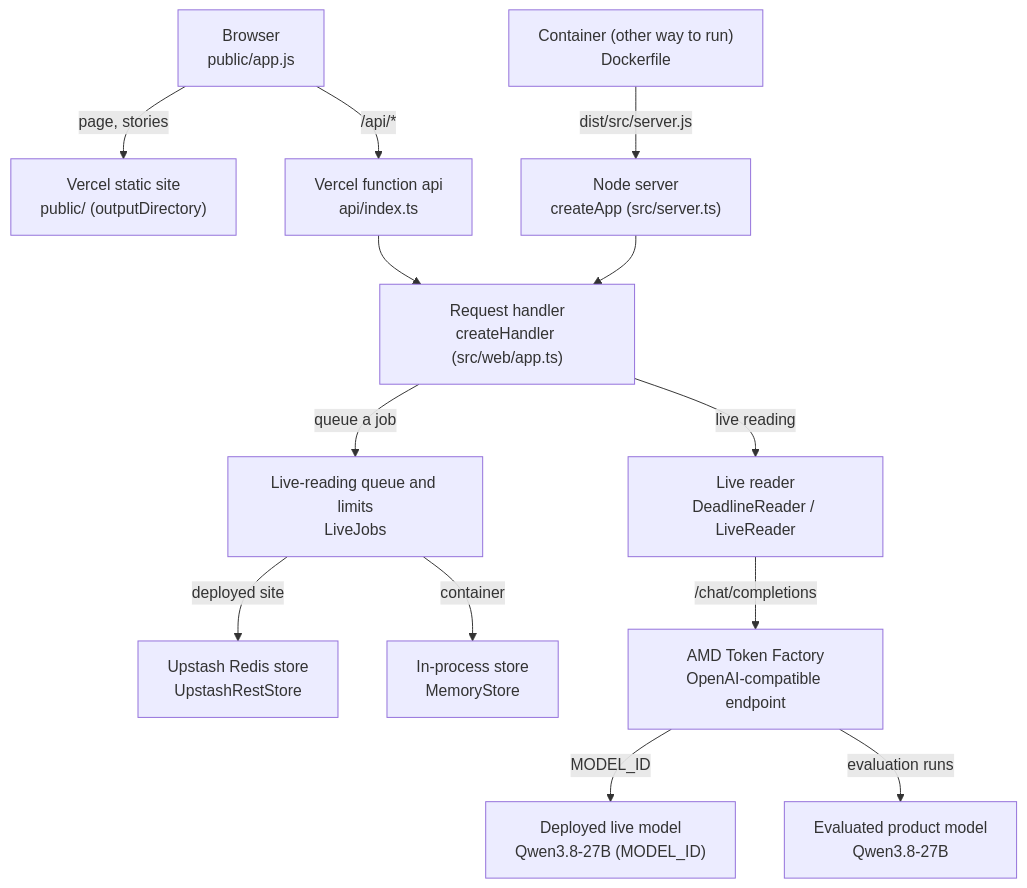
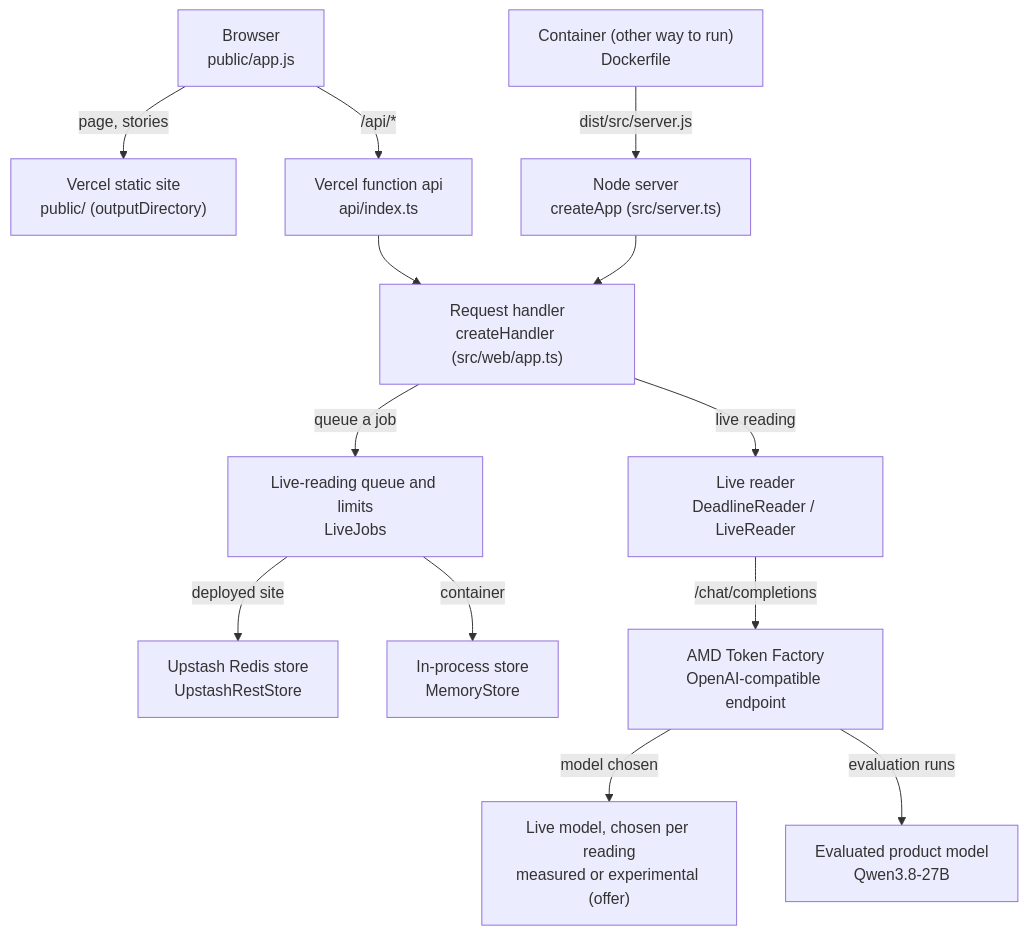
One commit to hvaler/certgate changed the first of 2 diagrams in README.md. Above: the diagram before and after it, drawn with Mermaid. The commit also changed other lines of this file and 19 other files, not shown here.

Commit message:
Stage 8 work in progress (not a candidate): model choice UI, receipts, legacy route, f1Now copy TTL and lock release, Stage 8 tests and guards, README/DEPLOY/CLAIMS, diagram label

````diff
--- a/README.md
+++ b/README.md
@@ -156,28 +187,28 @@
 ```mermaid
 flowchart TB
   browser["Browser<br/>public/app.js"]
   container["Container (other way to run)<br/>Dockerfile"]
   static["Vercel static site<br/>public/ (outputDirectory)"]
   api["Vercel function api<br/>api/index.ts"]
   server["Node server<br/>createApp (src/server.ts)"]
   handler["Request handler<br/>createHandler (src/web/app.ts)"]
   jobs["Live-reading queue and limits<br/>LiveJobs"]
   reader["Live reader<br/>DeadlineReader / LiveReader"]
   store["Upstash Redis store<br/>UpstashRestStore"]
   memory["In-process store<br/>MemoryStore"]
   amd["AMD Token Factory<br/>OpenAI-compatible endpoint"]
-  gemma["Deployed live model<br/>Qwen3.8-27B (MODEL_ID)"]
+  gemma["Live model, chosen per reading<br/>measured or experimental (offer)"]
   qwen["Evaluated product model<br/>Qwen3.8-27B"]
   browser -->|"page, stories"| static
   browser -->|"/api/*"| api
   container -->|"dist/src/server.js"| server
   api --> handler
   server --> handler
   handler -->|"queue a job"| jobs
   handler -->|"live reading"| reader
   jobs -->|"deployed site"| store
   jobs -->|"container"| memory
   reader -->|"/chat/completions"| amd
-  amd -->|"MODEL_ID"| gemma
+  amd -->|"model chosen"| gemma
   amd -->|"evaluation runs"| qwen
 ```
````
